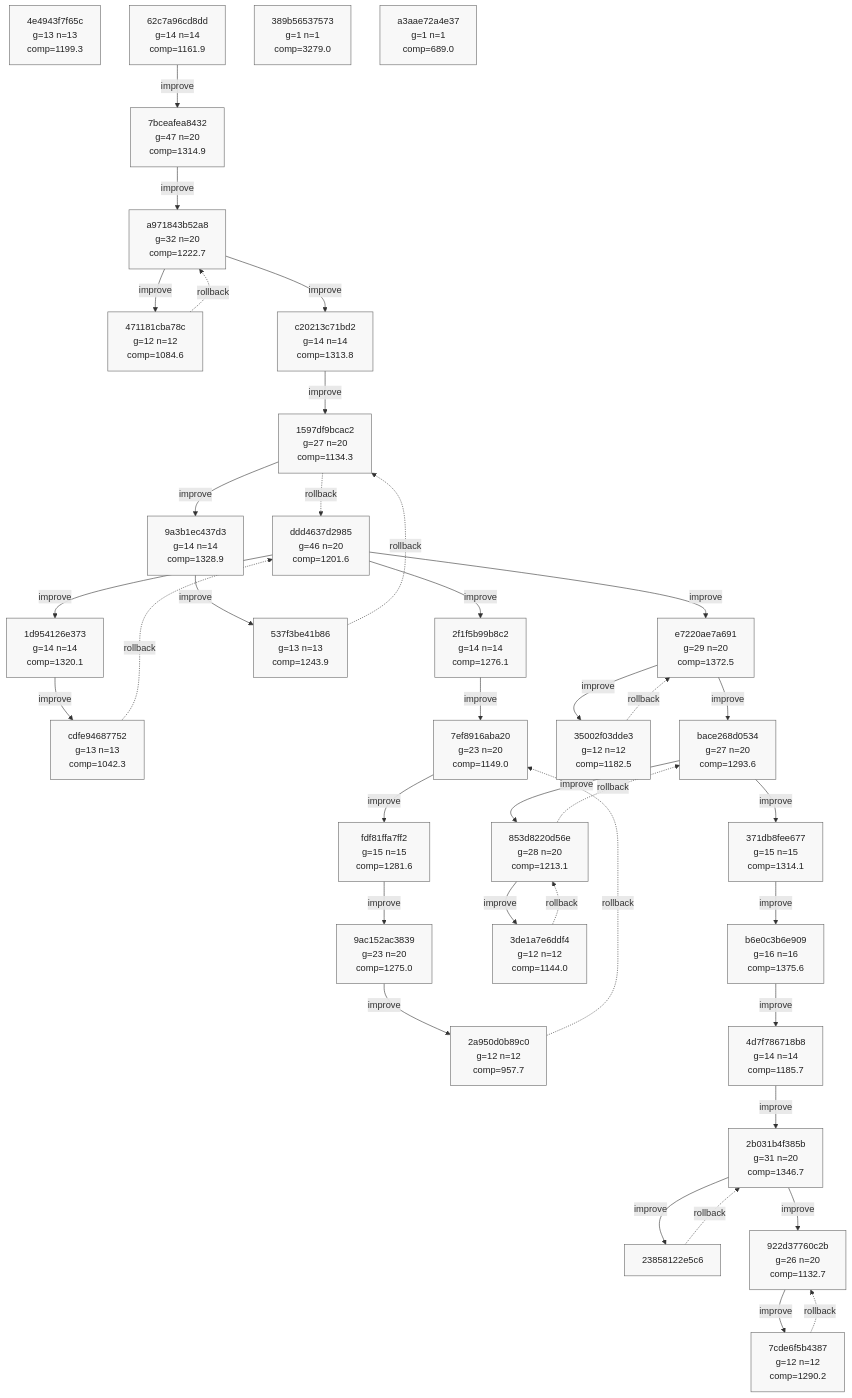
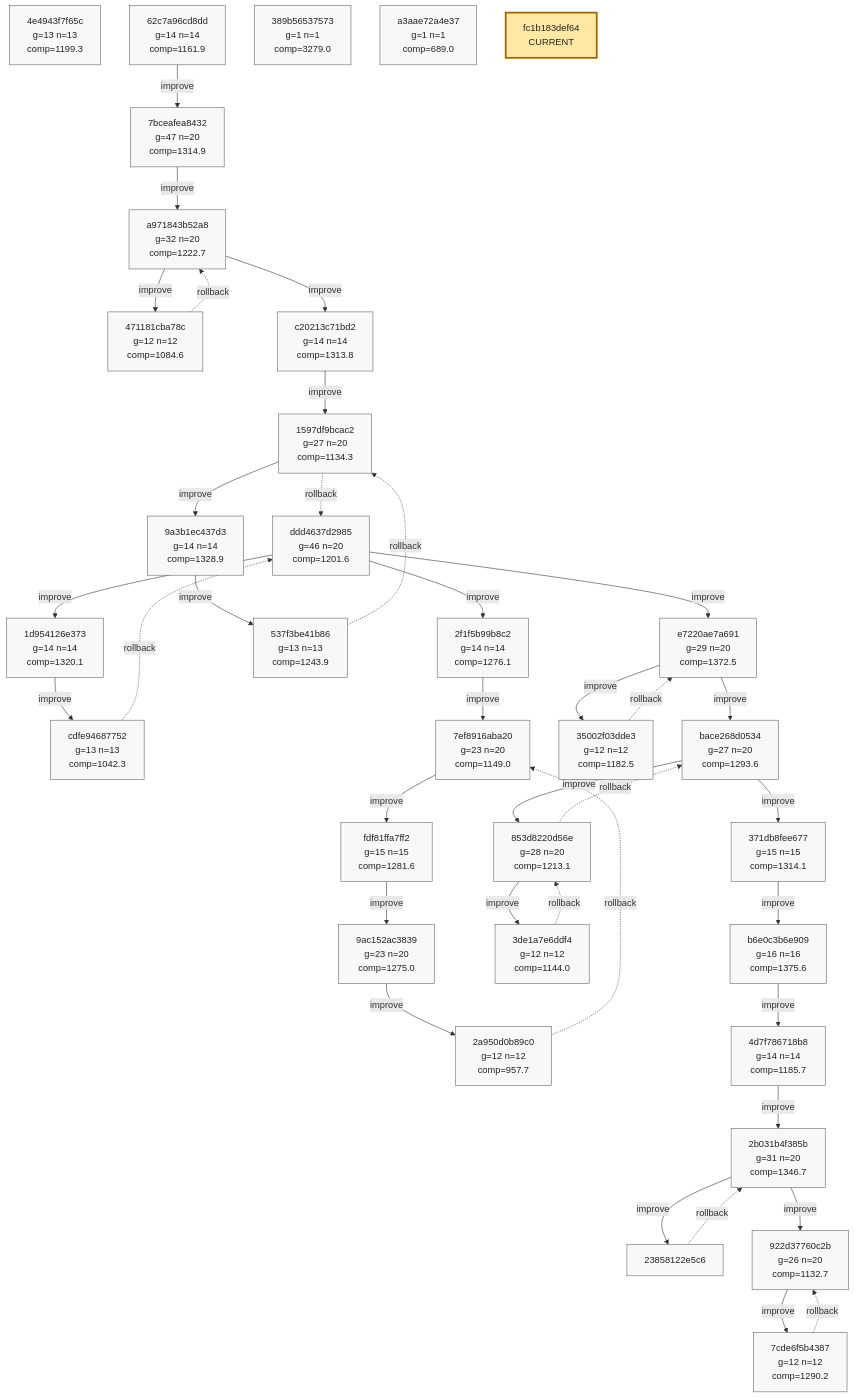
Before and after one commit to azumag/soviet_now: the ninth of 9 diagrams in phyrogenetic-tree.md, drawn with Mermaid. The commit also changed other lines of this file and 2 other files, not shown here.

````diff
--- a/phyrogenetic-tree.md
+++ b/phyrogenetic-tree.md
@@ -2267,6 +2270,7 @@
     h_7cde6f5b4387["7cde6f5b4387<br/>g=12 n=12<br/>comp=1290.2"]
     h_389b56537573["389b56537573<br/>g=1 n=1<br/>comp=3279.0"]
     h_a3aae72a4e37["a3aae72a4e37<br/>g=1 n=1<br/>comp=689.0"]
+    h_fc1b183def64["fc1b183def64<br/>CURRENT"]
 
     h_ddd4637d2985 -->|improve| h_1d954126e373
     h_1d954126e373 -->|improve| h_cdfe94687752
@@ -2341,4 +2345,5 @@
     class h_7cde6f5b4387 plain;
     class h_389b56537573 plain;
     class h_a3aae72a4e37 plain;
+    class h_fc1b183def64 current;
 ```
````
